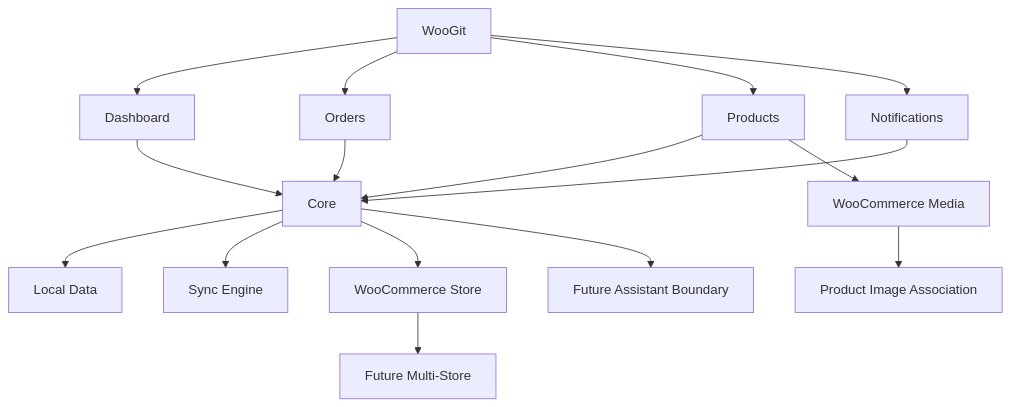
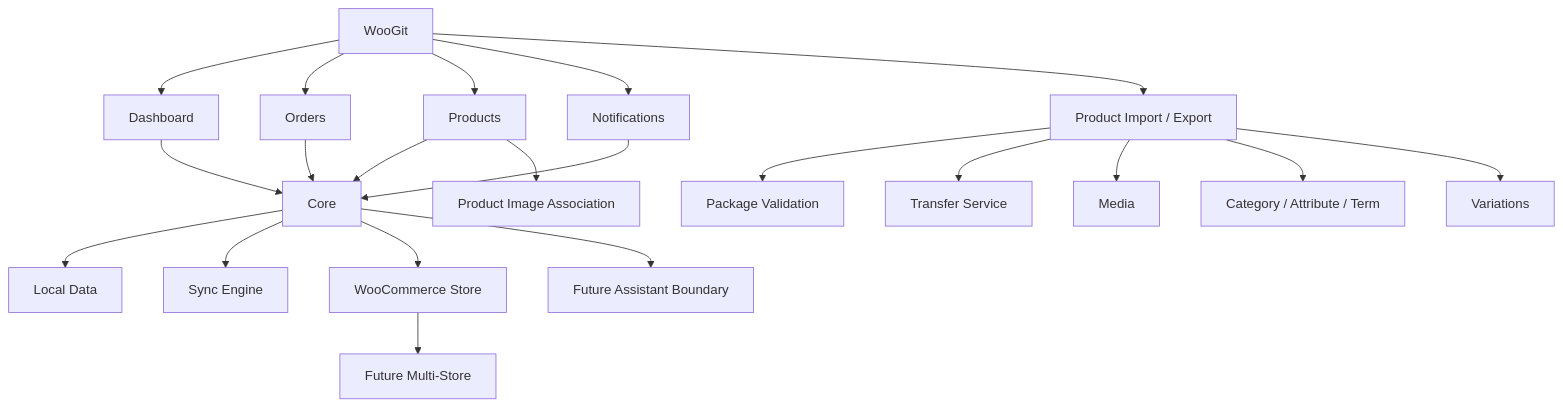
One commit to samanramezani1377-hub/woogit changed the diagram in docs/PROJECT_MAP.md. Above: the diagram before and after it, drawn with Mermaid. The commit also changed other lines of this file, not shown here.

````diff
--- a/docs/PROJECT_MAP.md
+++ b/docs/PROJECT_MAP.md
@@ -46,19 +51,24 @@
 ```mermaid
 flowchart TD
     Product[WooGit]
     Product --> Dashboard[Dashboard]
     Product --> Orders[Orders]
     Product --> Products[Products]
     Product --> Notifications[Notifications]
+    Product --> ImportExport[Product Import / Export]
     Dashboard --> Core[Core]
     Orders --> Core
     Products --> Core
     Notifications --> Core
+    ImportExport --> Validation[Package Validation]
+    ImportExport --> Transfer[Transfer Service]
+    ImportExport --> Media[Media]
+    ImportExport --> Taxonomy[Category / Attribute / Term]
+    ImportExport --> Variations[Variations]
     Core --> Local[Local Data]
     Core --> Sync[Sync Engine]
     Core --> Store[WooCommerce Store]
-    Products --> Media[WooCommerce Media]
-    Media --> ProductImage[Product Image Association]
+    Products --> ProductImage[Product Image Association]
     Store --> Multi[Future Multi-Store]
     Core --> Assistant[Future Assistant Boundary]
 ```
````
